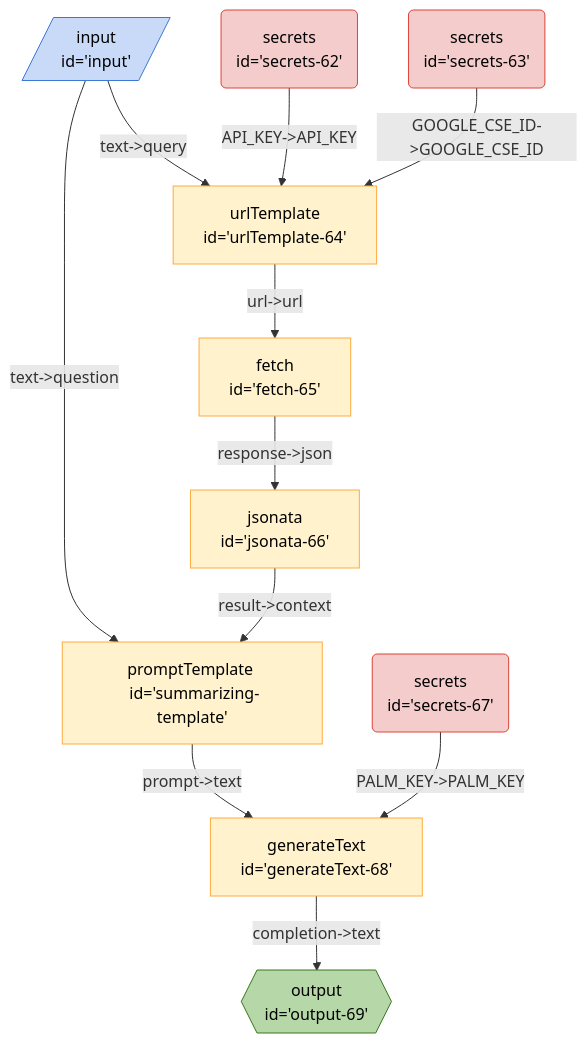
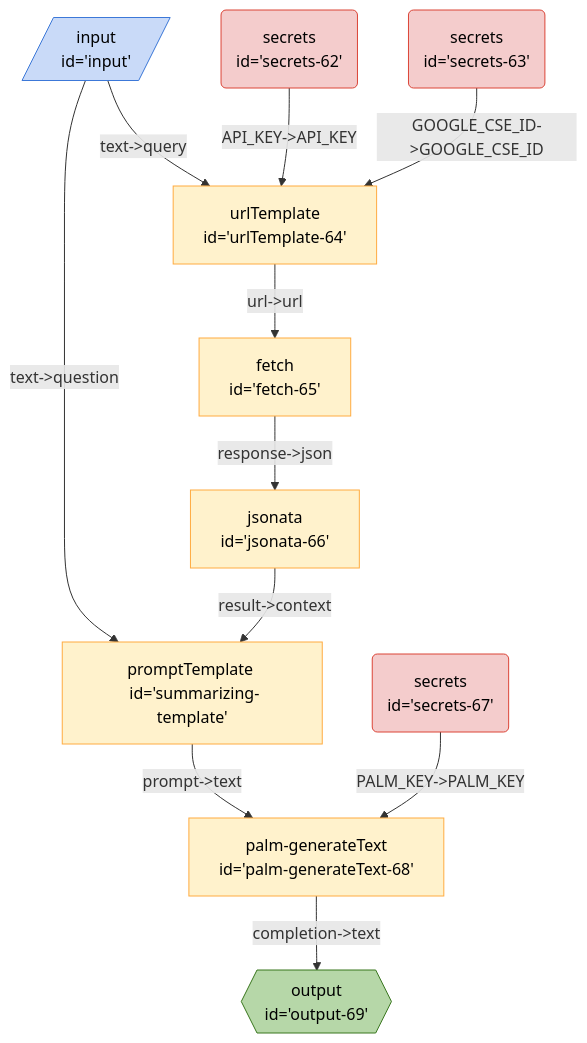
Before and after one commit to breadboard-ai/breadboard: the diagram in seeds/breadboard-web/docs/graphs/new/search-summarize.md, drawn with Mermaid. The commit also changed 55 other files, not shown here.

````diff
--- a/seeds/breadboard-web/docs/graphs/new/search-summarize.md
+++ b/seeds/breadboard-web/docs/graphs/new/search-summarize.md
@@ -3,22 +3,22 @@
 ```mermaid
 %%{init: 'themeVariables': { 'fontFamily': 'Fira Code, monospace' }}%%
 graph TD;
-generateText68["generateText <br> id='generateText-68'"] -- "completion->text" --> output69{{"output <br> id='output-69'"}}:::output
-summarizingtemplate["promptTemplate <br> id='summarizing-template'"] -- "prompt->text" --> generateText68["generateText <br> id='generateText-68'"]
-secrets67("secrets <br> id='secrets-67'"):::secrets -- "PALM_KEY->PALM_KEY" --> generateText68["generateText <br> id='generateText-68'"]
+palmgenerateText68["palm-generateText <br> id='palm-generateText-68'"] -- "completion->text" --> output69{{"output <br> id='output-69'"}}:::output
+summarizingtemplate["promptTemplate <br> id='summarizing-template'"] -- "prompt->text" --> palmgenerateText68["palm-generateText <br> id='palm-generateText-68'"]
+secrets67("secrets <br> id='secrets-67'"):::secrets -- "PALM_KEY->PALM_KEY" --> palmgenerateText68["palm-generateText <br> id='palm-generateText-68'"]
 input[/"input <br> id='input'"/]:::input -- "text->query" --> urlTemplate64["urlTemplate <br> id='urlTemplate-64'"]
 input[/"input <br> id='input'"/]:::input -- "text->question" --> summarizingtemplate["promptTemplate <br> id='summarizing-template'"]
 jsonata66["jsonata <br> id='jsonata-66'"] -- "result->context" --> summarizingtemplate["promptTemplate <br> id='summarizing-template'"]
 urlTemplate64["urlTemplate <br> id='urlTemplate-64'"] -- "url->url" --> fetch65["fetch <br> id='fetch-65'"]
 fetch65["fetch <br> id='fetch-65'"] -- "response->json" --> jsonata66["jsonata <br> id='jsonata-66'"]
 secrets62("secrets <br> id='secrets-62'"):::secrets -- "API_KEY->API_KEY" --> urlTemplate64["urlTemplate <br> id='urlTemplate-64'"]
 secrets63("secrets <br> id='secrets-63'"):::secrets -- "GOOGLE_CSE_ID->GOOGLE_CSE_ID" --> urlTemplate64["urlTemplate <br> id='urlTemplate-64'"]
 classDef default stroke:#ffab40,fill:#fff2ccff,color:#000
 classDef input stroke:#3c78d8,fill:#c9daf8ff,color:#000
 classDef output stroke:#38761d,fill:#b6d7a8ff,color:#000
 classDef passthrough stroke:#a64d79,fill:#ead1dcff,color:#000
 classDef slot stroke:#a64d79,fill:#ead1dcff,color:#000
 classDef config stroke:#a64d79,fill:#ead1dcff,color:#000
 classDef secrets stroke:#db4437,fill:#f4cccc,color:#000
 classDef slotted stroke:#a64d79
 ```
````
